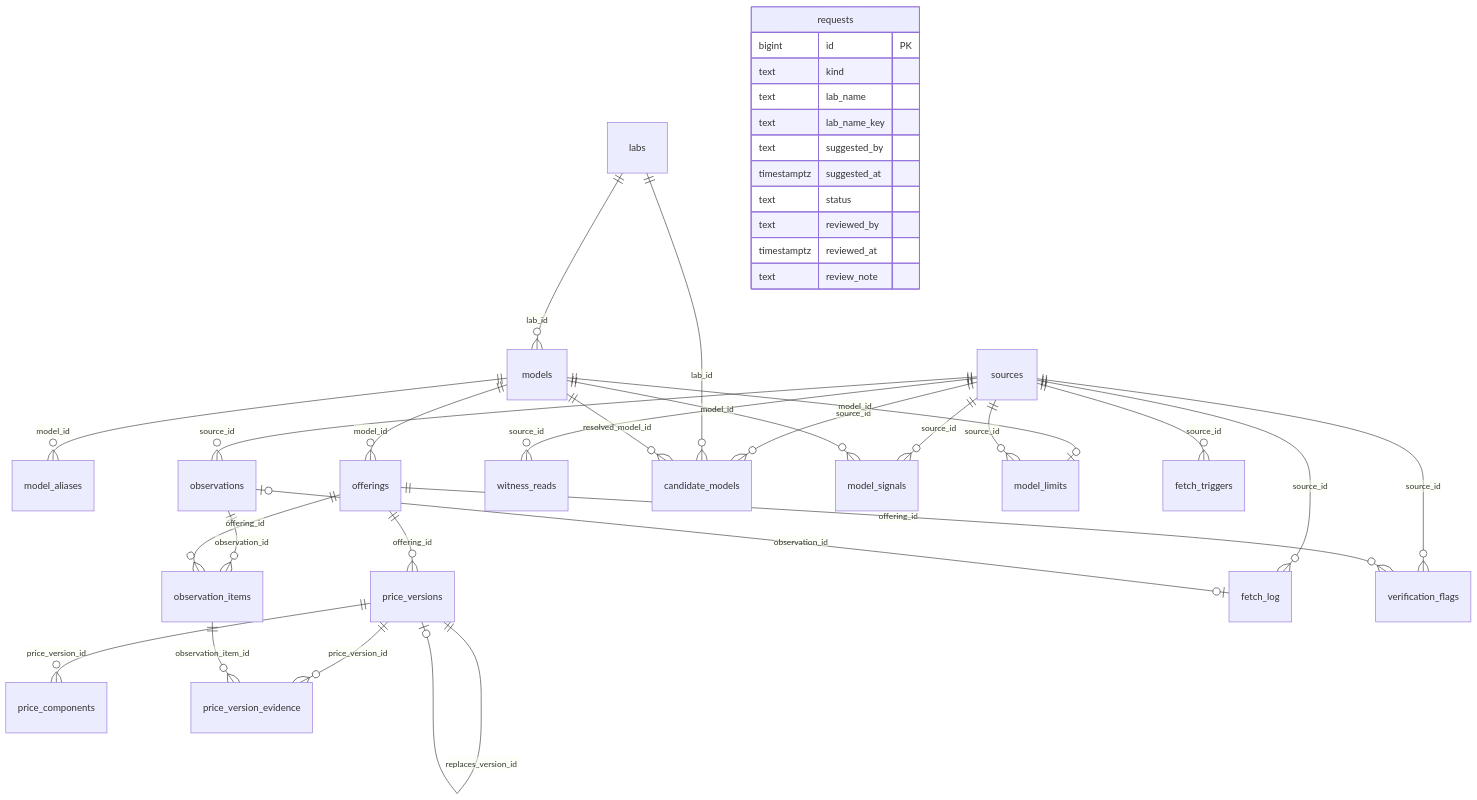
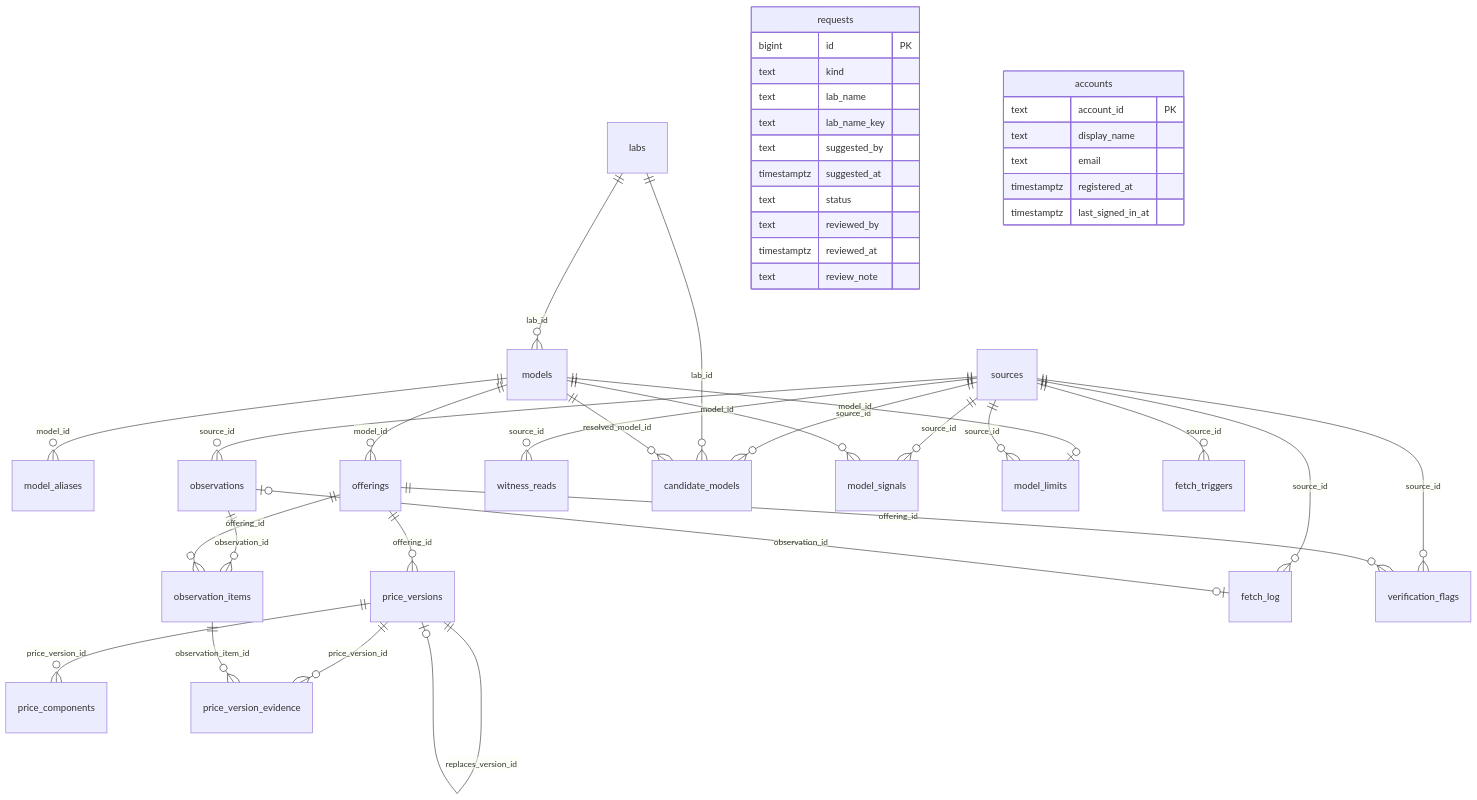
The diagram in docs/price-tables.md (theidlebranch/priceTrail), drawn with Mermaid before and after one commit. The commit also changed other lines of this file and 23 other files, not shown here.

````diff
--- a/docs/price-tables.md
+++ b/docs/price-tables.md
@@ -11,39 +11,46 @@
 ```mermaid
 erDiagram
   labs ||--o{ models : "lab_id"
   models ||--o{ model_aliases : "model_id"
   models ||--o{ offerings : "model_id"
   offerings ||--o{ price_versions : "offering_id"
   price_versions ||--o{ price_components : "price_version_id"
   price_versions ||--o| price_versions : "replaces_version_id"
   price_versions ||--o{ price_version_evidence : "price_version_id"
   observation_items ||--o{ price_version_evidence : "observation_item_id"
   sources ||--o{ observations : "source_id"
   sources ||--o{ fetch_log : "source_id"
   observations |o--o| fetch_log : "observation_id"
   observations ||--o{ observation_items : "observation_id"
   offerings ||--o{ observation_items : "offering_id"
   sources ||--o{ witness_reads : "source_id"
   sources ||--o{ verification_flags : "source_id"
   offerings ||--o{ verification_flags : "offering_id"
   sources ||--o{ candidate_models : "source_id"
   labs ||--o{ candidate_models : "lab_id"
   models ||--o{ candidate_models : "resolved_model_id"
   sources ||--o{ model_signals : "source_id"
   models ||--o{ model_signals : "model_id"
   models ||--o| model_limits : "model_id"
   sources ||--o{ model_limits : "source_id"
   sources ||--o{ fetch_triggers : "source_id"
   requests {
     bigint id PK
     text kind
     text lab_name
     text lab_name_key
     text suggested_by
     timestamptz suggested_at
     text status
     text reviewed_by
     timestamptz reviewed_at
     text review_note
   }
+  accounts {
+    text account_id PK
+    text display_name
+    text email
+    timestamptz registered_at
+    timestamptz last_signed_in_at
+  }
 ```
````
